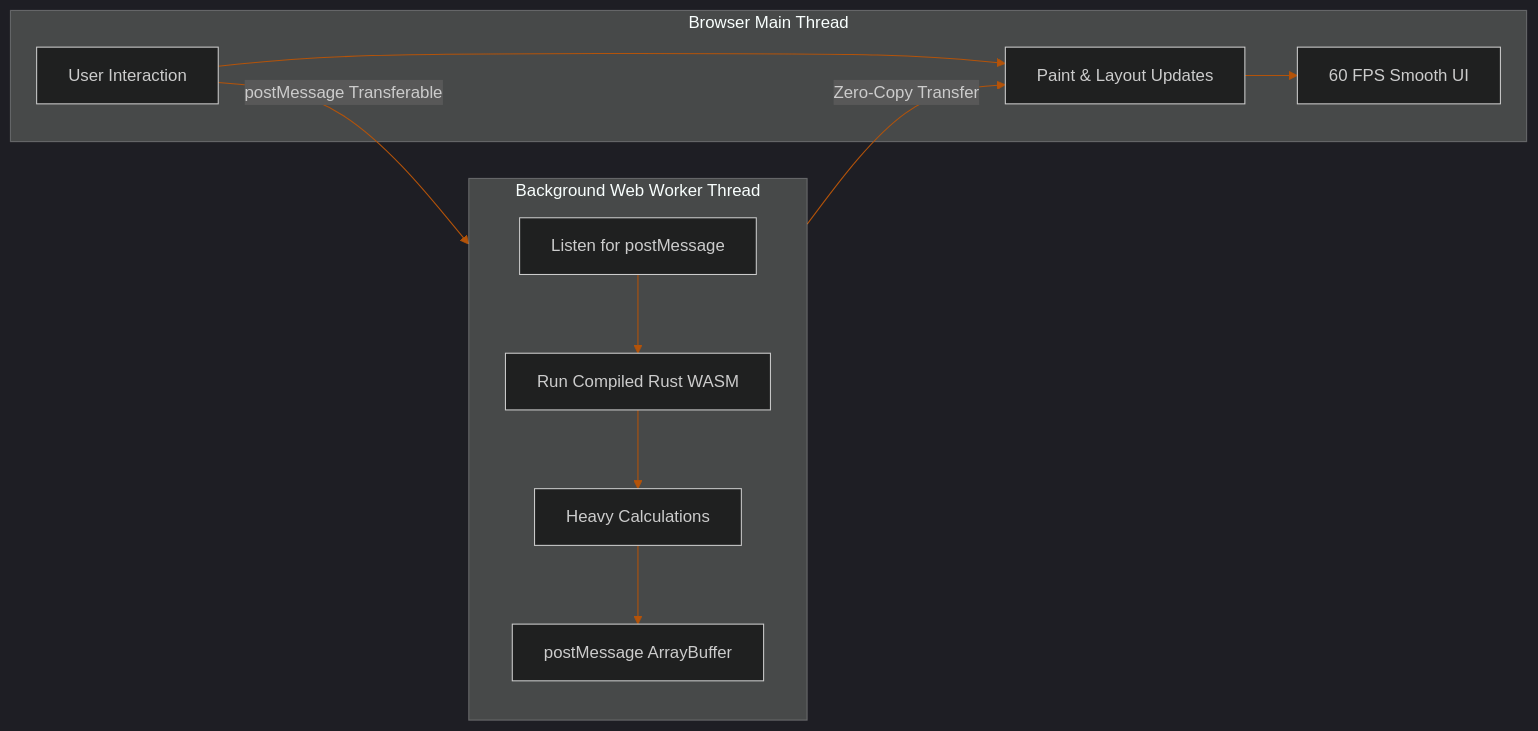
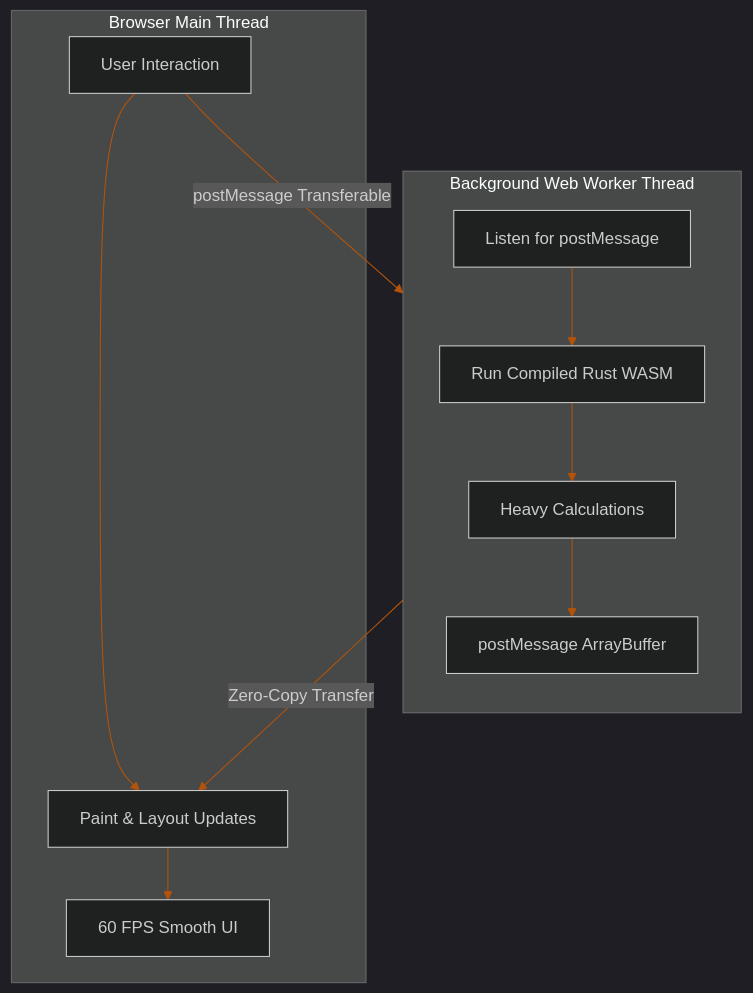
Before and after one commit to akmalkhaniub/akmalkhaniub.github.io: the diagram in blog/posts/client-side-webassembly-rust-web-workers.md, drawn with Mermaid. The commit also changed 411 other files, not shown here.

````diff
--- a/blog/posts/client-side-webassembly-rust-web-workers.md
+++ b/blog/posts/client-side-webassembly-rust-web-workers.md
@@ -17,18 +17,18 @@
 ```mermaid
 %%{init: {'theme': 'dark', 'themeVariables': { 'primaryColor': '#b45309', 'primaryTextColor': '#f3f4f6', 'primaryBorderColor': '#f59e0b', 'lineColor': '#b45309', 'secondaryColor': '#111827', 'tertiaryColor': '#0b0f19'}}}%%
-flowchart LR
+flowchart TD
     subgraph SG1_BrowserMainThread ["Browser Main Thread"]
         UI[User Interaction] --> Paint[Paint & Layout Updates]
         Paint --> SmoothUI[60 FPS Smooth UI]
     end
 
     subgraph SG2_BackgroundWebWorker ["Background Web Worker Thread"]
         direction TB
         Listen[Listen for postMessage] --> RunWasm[Run Compiled Rust WASM]
         RunWasm --> HeavyCompute[Heavy Calculations]
         HeavyCompute --> Return[postMessage ArrayBuffer]
     end
 
     UI -->|postMessage Transferable| Listen
     Return -->|Zero-Copy Transfer| Paint
 ```
````
